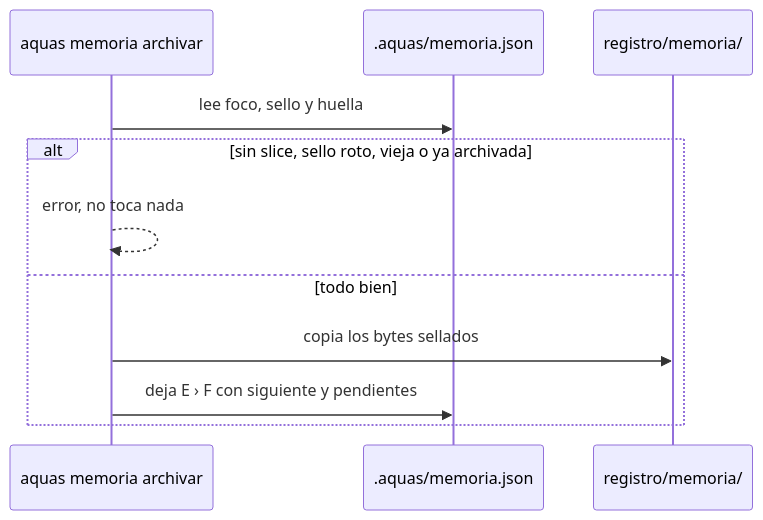
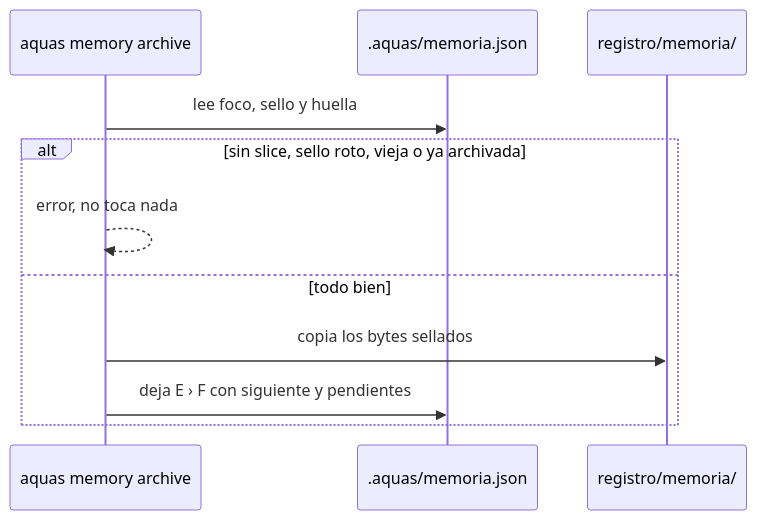
Before and after one commit to jliberal-aquas/aquas-central-harness-government: the first of 2 diagrams in docs/E001/F005/S003.md, drawn with Mermaid. The commit also changed other lines of this file and 184 other files, not shown here.

````diff
--- a/docs/E001/F005/S003.md
+++ b/docs/E001/F005/S003.md
@@ -43,13 +43,13 @@
 ```mermaid
 sequenceDiagram
-    participant A as aquas memoria archivar
+    participant A as aquas memory archive
     participant M as .aquas/memoria.json
     participant R as registro/memoria/
     A->>M: lee foco, sello y huella
     alt sin slice, sello roto, vieja o ya archivada
         A-->>A: error, no toca nada
     else todo bien
         A->>R: copia los bytes sellados
         A->>M: deja E › F con siguiente y pendientes
     end
 ```
````
